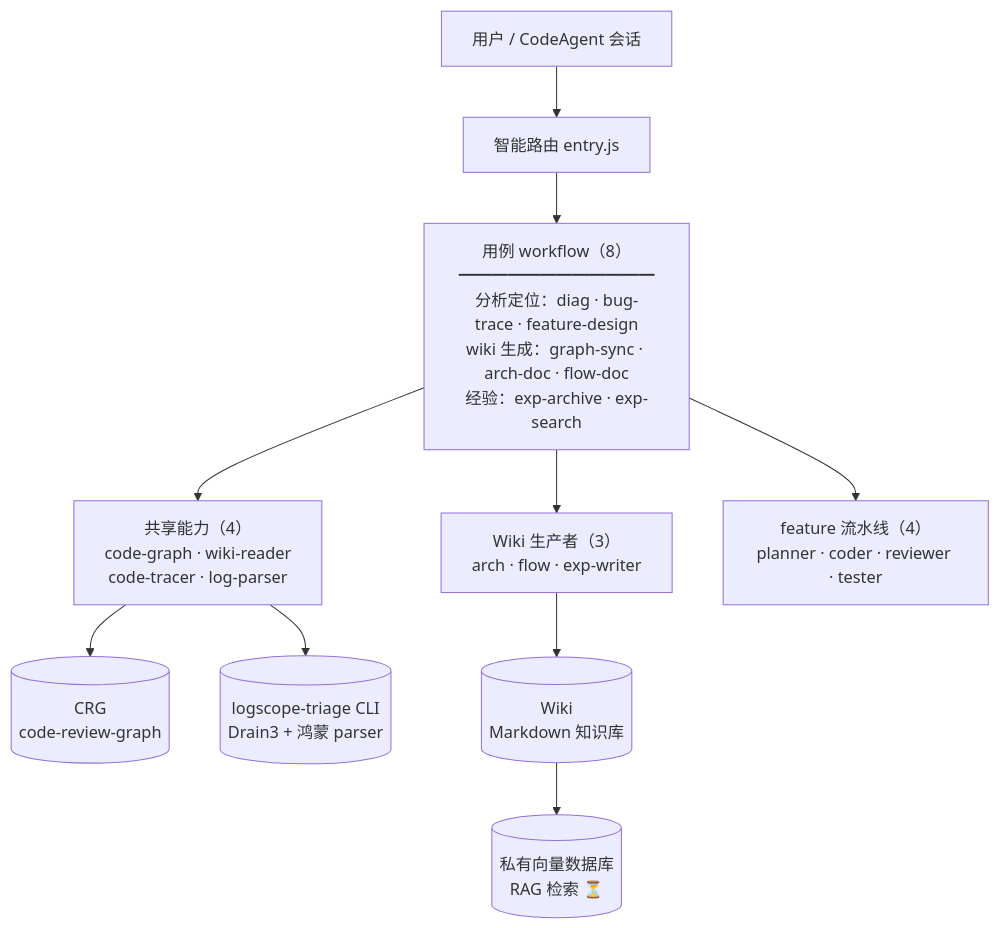
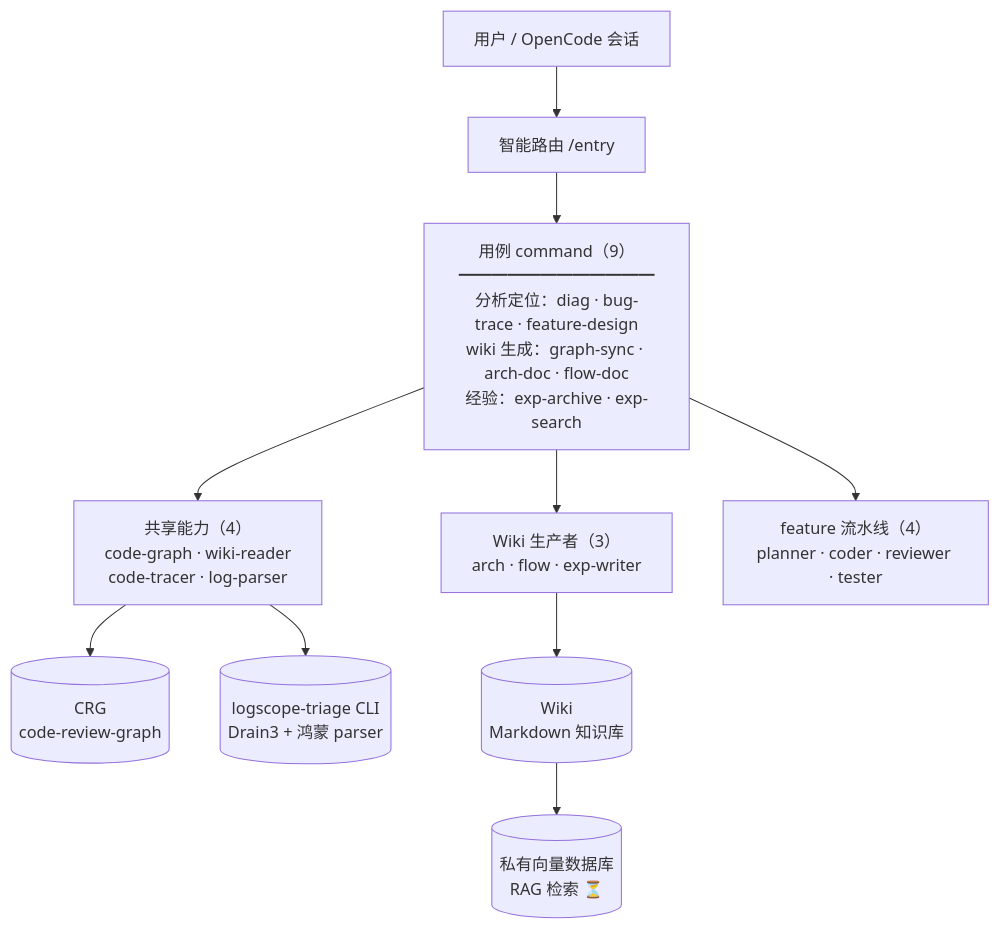
The diagram in README.md (astronautJack/HiAgent), drawn with Mermaid before and after one commit. The commit also changed other lines of this file and 34 other files, not shown here.

Commit message:
opencode 分支：commands 方案移植——9 JS workflow→9 commands（subtask/agent 编排）+ 11 agent frontmatter tools→permission（小写）+ settings.json→opencode.json（根目录 MCP+权限）+ 新鲜度门内联（OpenCode 可 question）+ AGENTS.md/README 全量适配

````diff
--- a/README.md
+++ b/README.md
@@ -5,12 +5,12 @@
 ```mermaid
 flowchart TB
-    Sess["用户 / CodeAgent 会话"] --> Entry["智能路由 entry.js"]
-    Entry --> WFs["用例 workflow（8）<br/>━━━━━━━━━━━━<br/>分析定位：diag · bug-trace · feature-design<br/>wiki 生成：graph-sync · arch-doc · flow-doc<br/>经验：exp-archive · exp-search"]
+    Sess["用户 / OpenCode 会话"] --> Entry["智能路由 /entry"]
+    Entry --> WFs["用例 command（9）<br/>━━━━━━━━━━━━<br/>分析定位：diag · bug-trace · feature-design<br/>wiki 生成：graph-sync · arch-doc · flow-doc<br/>经验：exp-archive · exp-search"]
     WFs --> Shared["共享能力（4）<br/>code-graph · wiki-reader<br/>code-tracer · log-parser"]
     WFs --> Producers["Wiki 生产者（3）<br/>arch · flow · exp-writer"]
     WFs --> Pipeline["feature 流水线（4）<br/>planner · coder · reviewer · tester"]
     Shared --> CRG[("CRG<br/>code-review-graph")]
     Shared --> CLI[("logscope-triage CLI<br/>Drain3 + 鸿蒙 parser")]
     Producers --> Wiki[("Wiki<br/>Markdown 知识库")]
     Wiki --> ATH[("私有向量数据库<br/>RAG 检索 ⏳")]
 ```
````
